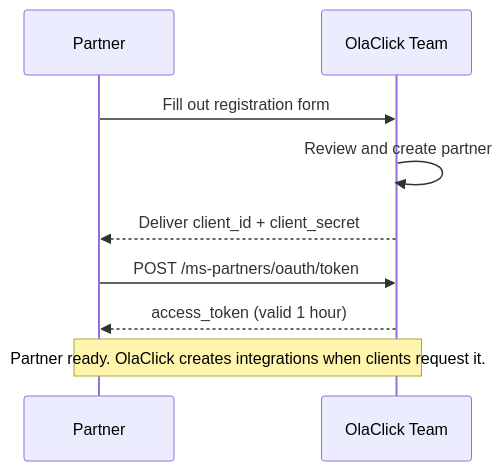
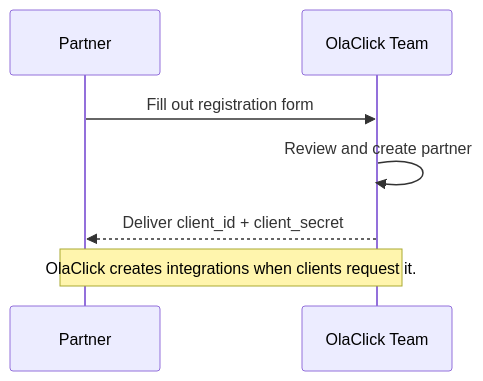
One commit to estefanno18/olaclick-partners-landing-page changed the diagram in docs/onboarding.md. Above: the diagram before and after it, drawn with Mermaid. The commit also changed other lines of this file and 11 other files, not shown here.

````diff
--- a/docs/onboarding.md
+++ b/docs/onboarding.md
@@ -10,14 +11,11 @@
 ```mermaid
 sequenceDiagram
     participant Partner as Partner
     participant OlaClick as OlaClick Team
 
     Partner->>OlaClick: Fill out registration form
     OlaClick->>OlaClick: Review and create partner
     OlaClick-->>Partner: Deliver client_id + client_secret
 
-    Partner->>OlaClick: POST /ms-partners/oauth/token
-    OlaClick-->>Partner: access_token (valid 1 hour)
-
-    Note over Partner,OlaClick: Partner ready. OlaClick creates integrations when clients request it.
+    Note over Partner,OlaClick: OlaClick creates integrations when clients request it.
 ```
````
